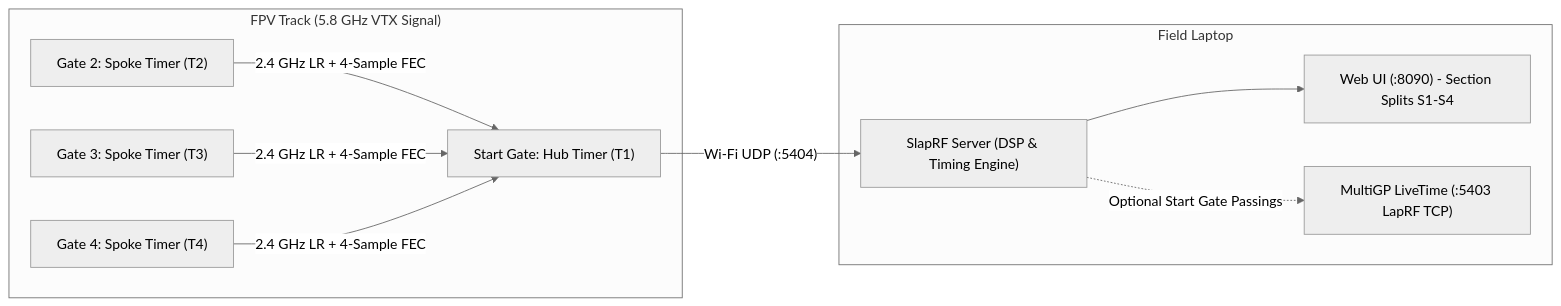
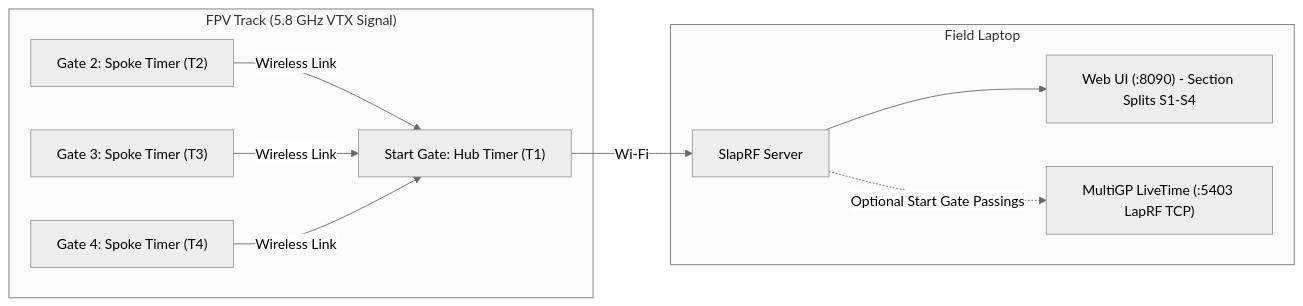
One commit to kaack/SlapRF changed the first of 2 diagrams in README.md. Above: the diagram before and after it, drawn with Mermaid (neutral theme). The commit also changed other lines of this file and 2 other files, not shown here.

Commit message:
Add hero screenshot and Demo section to README and move Low-Level Reference to ARCHITECTURE.md

````diff
--- a/README.md
+++ b/README.md
@@ -25,22 +35,22 @@
 ```mermaid
 flowchart LR
     subgraph Track["FPV Track (5.8 GHz VTX Signal)"]
         T2["Gate 2: Spoke Timer (T2)"]
         T3["Gate 3: Spoke Timer (T3)"]
         T4["Gate 4: Spoke Timer (T4)"]
         T1["Start Gate: Hub Timer (T1)"]
     end
 
     subgraph Laptop["Field Laptop"]
-        Server["SlapRF Server (DSP & Timing Engine)"]
+        Server["SlapRF Server"]
         UI["Web UI (:8090) - Section Splits S1-S4"]
         LiveTime["MultiGP LiveTime (:5403 LapRF TCP)"]
     end
 
-    T2 -- "2.4 GHz LR + 4-Sample FEC" --> T1
-    T3 -- "2.4 GHz LR + 4-Sample FEC" --> T1
-    T4 -- "2.4 GHz LR + 4-Sample FEC" --> T1
-    T1 -- "Wi-Fi UDP (:5404)" --> Server
+    T2 -- "Wireless Link" --> T1
+    T3 -- "Wireless Link" --> T1
+    T4 -- "Wireless Link" --> T1
+    T1 -- "Wi-Fi" --> Server
     Server --> UI
     Server -. "Optional Start Gate Passings" .-> LiveTime
 ```
````
